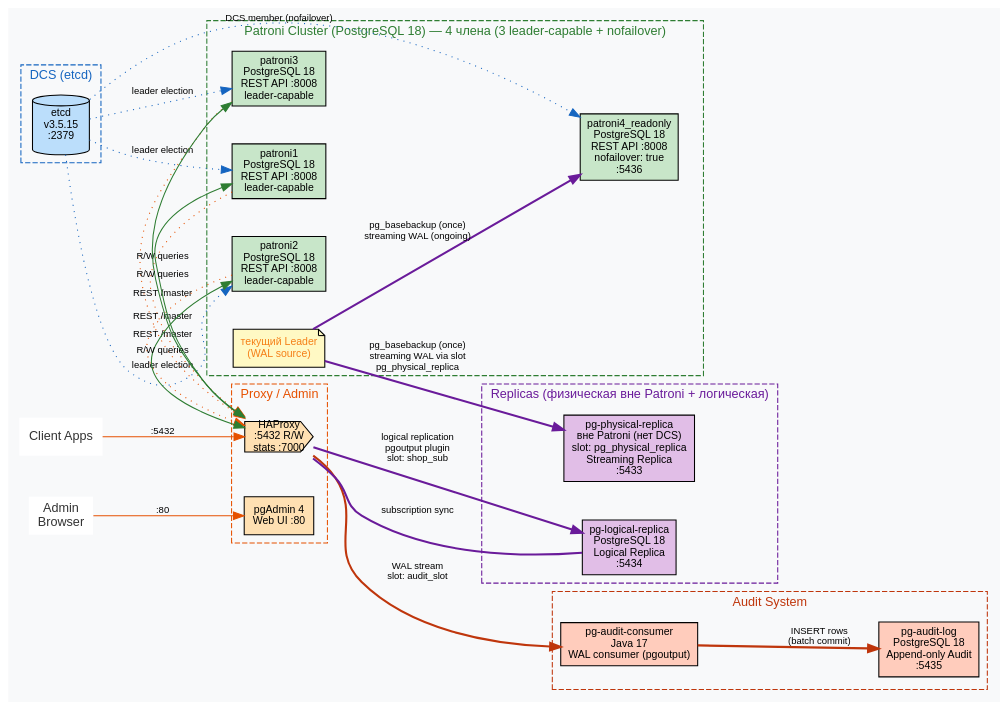
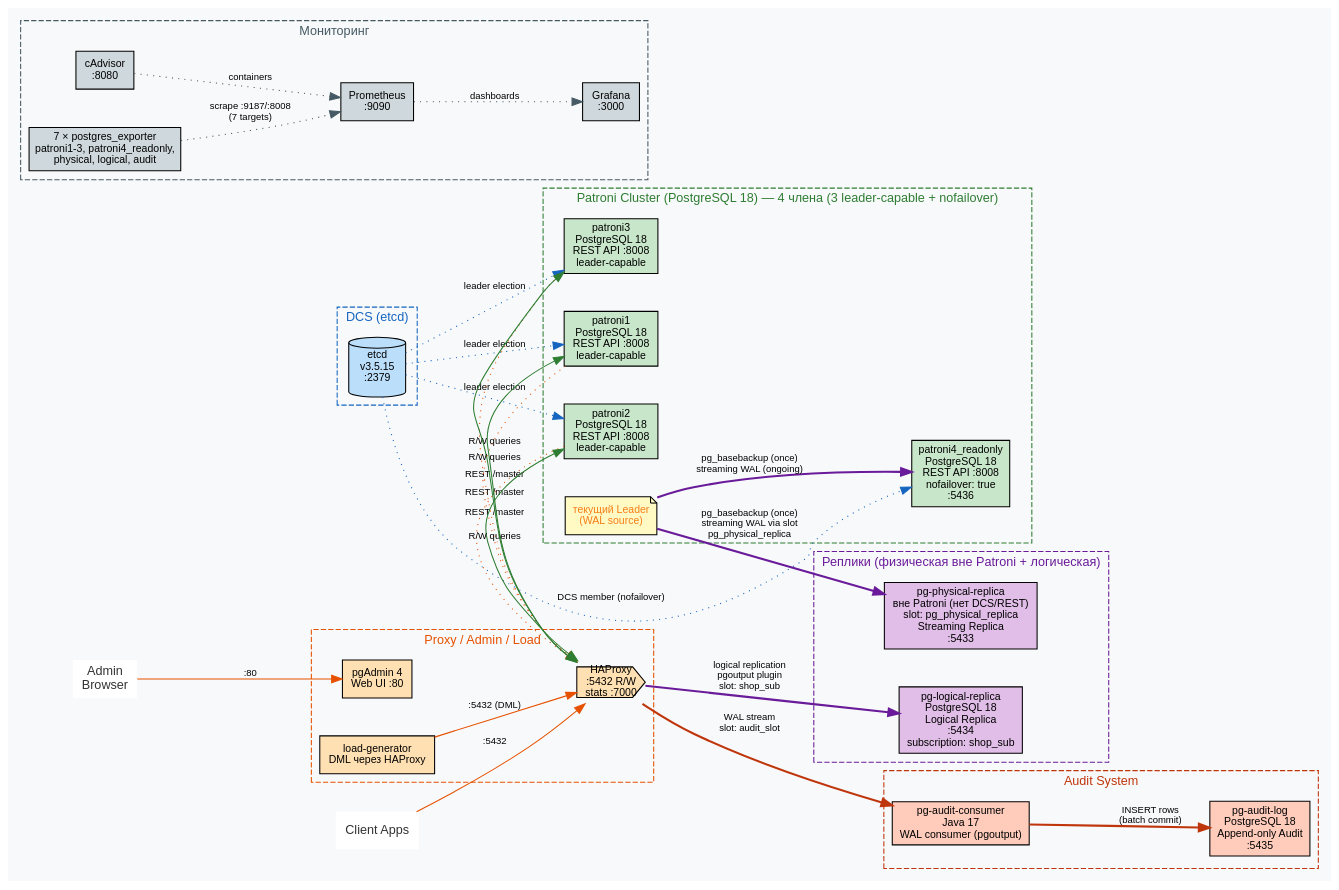
The diagram in patroni-cluster/architecture.dot (gertcik/db-patroni), drawn with Graphviz before and after one commit. The commit also changed 9 other files, not shown here.

First line of the commit message:
(docs): диаграмма топологии, чистка backlog, алерты Prometheus и пометки об альтернативах компонентов

```diff
--- a/patroni-cluster/architecture.dot
+++ b/patroni-cluster/architecture.dot
@@ -1,104 +1,123 @@
 digraph G {
     rankdir=LR;
     splines=true;
     nodesep=0.5;
     ranksep=0.7;
     bgcolor="#f8f9fa";
     fontname="Arial";
     fontsize=11;
 
     node [shape=box, style=filled, fillcolor="white", fontname="Arial", fontsize=10];
     edge [fontname="Arial", fontsize=9];
 
     subgraph cluster_dcs {
         label="DCS (etcd)";
         style=dashed;
         fillcolor="#e3f2fd";
         color="#1565c0";
         fontcolor="#1565c0";
         fontsize=12;
 
         etcd [label="etcd\nv3.5.15\n:2379", fillcolor="#bbdefb", shape=cylinder];
     }
 
     subgraph cluster_patroni {
         label="Patroni Cluster (PostgreSQL 18) — 4 члена (3 leader-capable + nofailover)";
         style=dashed;
         fillcolor="#e8f5e9";
         color="#2e7d32";
         fontcolor="#2e7d32";
         fontsize=12;
 
         patroni1 [label="patroni1\nPostgreSQL 18\nREST API :8008\nleader-capable", fillcolor="#c8e6c9"];
         patroni2 [label="patroni2\nPostgreSQL 18\nREST API :8008\nleader-capable", fillcolor="#c8e6c9"];
         patroni3 [label="patroni3\nPostgreSQL 18\nREST API :8008\nleader-capable", fillcolor="#c8e6c9"];
         patroni4_readonly [label="patroni4_readonly\nPostgreSQL 18\nREST API :8008\nnofailover: true\n:5436", fillcolor="#c8e6c9"];
 
         // Абстракция: любой из patroni1/2/3 в роли текущего лидера (WAL source)
         leader [label="текущий Leader\n(WAL source)", shape=note, fillcolor="#fff9c4", fontcolor="#f57f17"];
     }
 
     subgraph cluster_proxy {
-        label="Proxy / Admin";
+        label="Proxy / Admin / Load";
         style=dashed;
         fillcolor="#fff3e0";
         color="#e65100";
         fontcolor="#e65100";
         fontsize=12;
 
         haproxy [label="HAProxy\n:5432 R/W\nstats :7000", fillcolor="#ffe0b2", shape=cds];
         pgadmin [label="pgAdmin 4\nWeb UI :80", fillcolor="#ffe0b2"];
+        loadgen [label="load-generator\nDML через HAProxy", fillcolor="#ffe0b2"];
     }
 
     subgraph cluster_replicas {
-        label="Replicas (физическая вне Patroni + логическая)";
+        label="Реплики (физическая вне Patroni + логическая)";
         style=dashed;
         fillcolor="#f3e5f5";
         color="#6a1b9a";
         fontcolor="#6a1b9a";
         fontsize=12;
 
-        physical [label="pg-physical-replica\nвне Patroni (нет DCS)\nslot: pg_physical_replica\nStreaming Replica\n:5433", fillcolor="#e1bee7"];
-        logical [label="pg-logical-replica\nPostgreSQL 18\nLogical Replica\n:5434", fillcolor="#e1bee7"];
+        physical [label="pg-physical-replica\nвне Patroni (нет DCS/REST)\nslot: pg_physical_replica\nStreaming Replica\n:5433", fillcolor="#e1bee7"];
+        logical [label="pg-logical-replica\nPostgreSQL 18\nLogical Replica\n:5434\nsubscription: shop_sub", fillcolor="#e1bee7"];
     }
 
     subgraph cluster_audit {
         label="Audit System";
         style=dashed;
         fillcolor="#fbe9e7";
         color="#bf360c";
         fontcolor="#bf360c";
         fontsize=12;
 
         audit_consumer [label="pg-audit-consumer\nJava 17\nWAL consumer (pgoutput)", fillcolor="#ffccbc"];
         audit_log [label="pg-audit-log\nPostgreSQL 18\nAppend-only Audit\n:5435", fillcolor="#ffccbc"];
+    }
+
+    subgraph cluster_monitoring {
+        label="Мониторинг";
+        style=dashed;
+        fillcolor="#eceff1";
+        color="#455a64";
+        fontcolor="#455a64";
+        fontsize=12;
+
+        prometheus [label="Prometheus\n:9090", fillcolor="#cfd8dc"];
+        grafana [label="Grafana\n:3000", fillcolor="#cfd8dc"];
+        cadvisor [label="cAdvisor\n:8080", fillcolor="#cfd8dc"];
+        exporters [label="7 × postgres_exporter\npatroni1-3, patroni4_readonly,\nphysical, logical, audit", fillcolor="#cfd8dc"];
     }
 
     etcd -> patroni1 [label=" leader election", style=dotted, color="#1565c0"];
     etcd -> patroni2 [label=" leader election", style=dotted, color="#1565c0"];
     etcd -> patroni3 [label=" leader election", style=dotted, color="#1565c0"];
     etcd -> patroni4_readonly [label=" DCS member (nofailover)", style=dotted, color="#1565c0"];
 
     patroni1 -> haproxy [label=" REST /master", style=dotted, color="#e65100"];
     patroni2 -> haproxy [label=" REST /master", style=dotted, color="#e65100"];
     patroni3 -> haproxy [label=" REST /master", style=dotted, color="#e65100"];
 
     haproxy -> patroni1 [label=" R/W queries", dir=both, color="#2e7d32"];
     haproxy -> patroni2 [label=" R/W queries", dir=both, color="#2e7d32"];
     haproxy -> patroni3 [label=" R/W queries", dir=both, color="#2e7d32"];
 
     leader -> physical [label=" pg_basebackup (once)\n streaming WAL via slot\n pg_physical_replica", style=bold, color="#6a1b9a"];
     leader -> patroni4_readonly [label=" pg_basebackup (once)\n streaming WAL (ongoing)", style=bold, color="#6a1b9a"];
 
     haproxy -> logical [label=" logical replication\n pgoutput plugin\n slot: shop_sub", style=bold, color="#6a1b9a"];
-    logical -> haproxy [label=" subscription sync", style=bold, dir=none, color="#6a1b9a"];
 
     haproxy -> audit_consumer [label=" WAL stream\n slot: audit_slot", style=bold, color="#bf360c"];
     audit_consumer -> audit_log [label=" INSERT rows\n (batch commit)", style=bold, color="#bf360c"];
 
+    exporters -> prometheus [label=" scrape :9187/:8008\n (7 targets)", style=dotted, color="#455a64"];
+    prometheus -> grafana [label=" dashboards", style=dotted, color="#455a64"];
+    cadvisor -> prometheus [label=" containers", style=dotted, color="#455a64"];
+
     user [label="Client Apps", shape=plaintext, fontsize=12, fontcolor="gray20"];
     user -> haproxy [label=" :5432", color="#e65100"];
+    loadgen -> haproxy [label=" :5432 (DML)", color="#e65100"];
 
     admin [label="Admin\nBrowser", shape=plaintext, fontsize=12, fontcolor="gray20"];
     admin -> pgadmin [label=" :80", color="#e65100"];
 }
```
